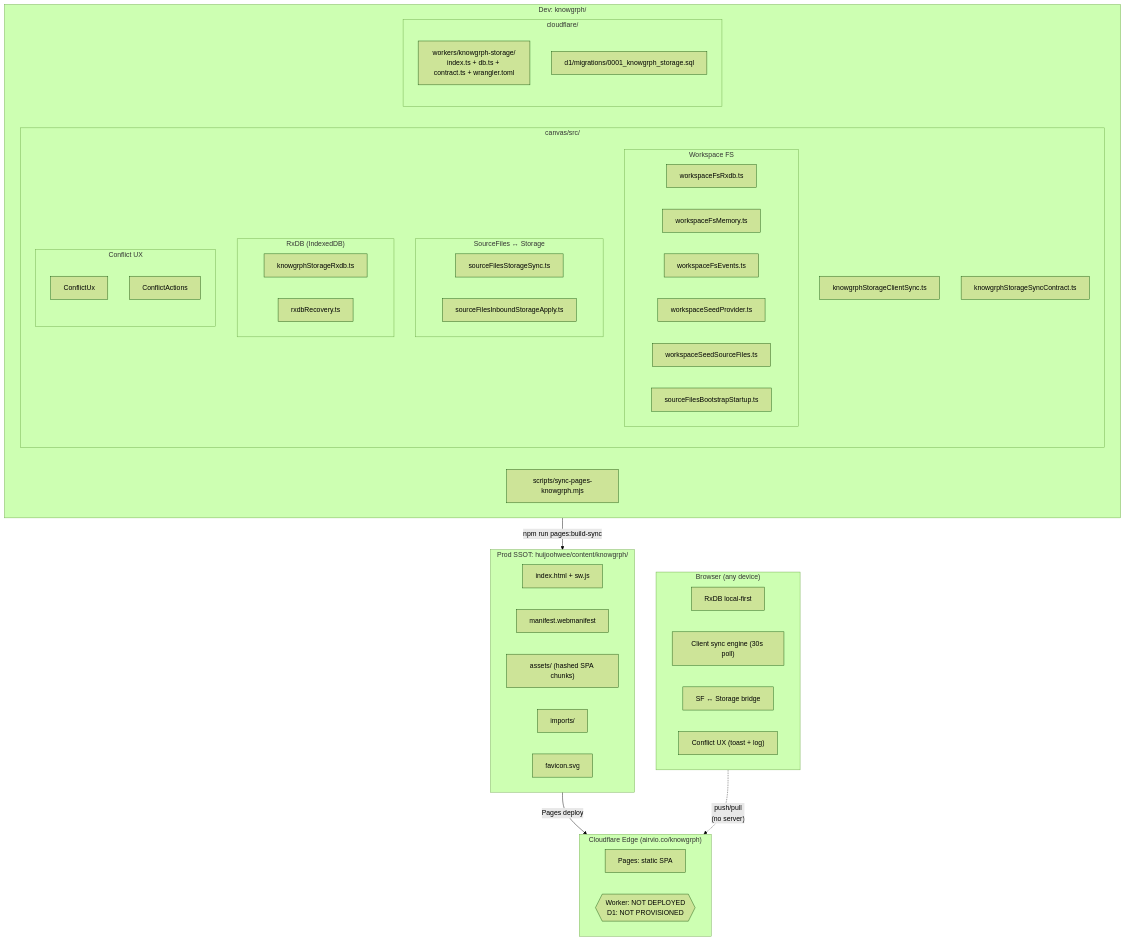
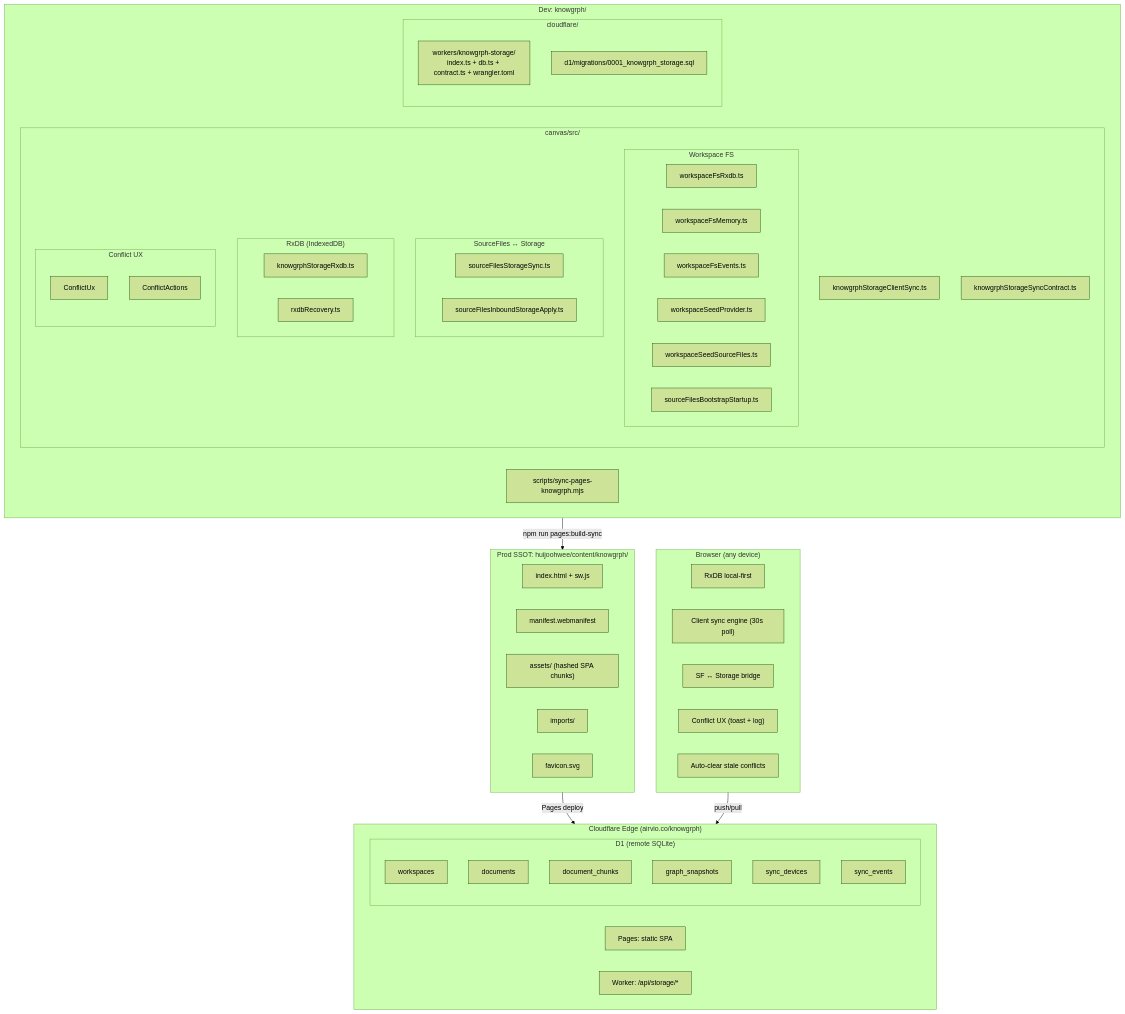
Before and after one commit to huijoohwee/knowgrph: the first of 3 diagrams in docs/documents/knowgrph-storage-sync-document.md, drawn with Mermaid (forest theme). The commit also changed other lines of this file and 21 other files, not shown here.

````diff
--- a/docs/documents/knowgrph-storage-sync-document.md
+++ b/docs/documents/knowgrph-storage-sync-document.md
@@ -46,60 +61,69 @@
 ```mermaid
 flowchart TB
     subgraph Dev["Dev: knowgrph/"]
         subgraph canvas["canvas/src/"]
             subgraph fs["Workspace FS"]
                 fsRxdb["workspaceFsRxdb.ts"]
                 fsMem["workspaceFsMemory.ts"]
                 fsEvt["workspaceFsEvents.ts"]
                 seed["workspaceSeedProvider.ts"]
                 seedSF["workspaceSeedSourceFiles.ts"]
                 boot["sourceFilesBootstrapStartup.ts"]
             end
             subgraph bridge["SourceFiles ↔ Storage"]
                 sfSync["sourceFilesStorageSync.ts"]
                 sfInbound["sourceFilesInboundStorageApply.ts"]
             end
             subgraph rxdb["RxDB (IndexedDB)"]
                 storageRxdb["knowgrphStorageRxdb.ts"]
                 recovery["rxdbRecovery.ts"]
             end
             syncEngine["knowgrphStorageClientSync.ts"]
             contract["knowgrphStorageSyncContract.ts"]
             subgraph conflict["Conflict UX"]
                 conflictUx["ConflictUx"]
                 conflictAct["ConflictActions"]
             end
         end
         subgraph cf["cloudflare/"]
             worker["workers/knowgrph-storage/<br/>index.ts + db.ts + contract.ts + wrangler.toml"]
             migration["d1/migrations/0001_knowgrph_storage.sql"]
         end
         scripts["scripts/sync-pages-knowgrph.mjs"]
     end
 
     Dev -->|"npm run pages:build-sync"| ProdSSOT
 
     subgraph ProdSSOT["Prod SSOT: huijoohwee/content/knowgrph/"]
         index["index.html + sw.js"]
         manifest["manifest.webmanifest"]
         assets["assets/ (hashed SPA chunks)"]
         data["imports/"]
         favicon["favicon.svg"]
     end
 
     ProdSSOT -->|"Pages deploy"| Edge
 
     subgraph Edge["Cloudflare Edge (airvio.co/knowgrph)"]
         pages["Pages: static SPA"]
-        noServer{{"Worker: NOT DEPLOYED<br/>D1: NOT PROVISIONED"}}
+        workerDeployed["Worker: /api/storage/*"]
+        subgraph d1r["D1 (remote SQLite)"]
+            r1["workspaces"]
+            r2["documents"]
+            r3["document_chunks"]
+            r4["graph_snapshots"]
+            r5["sync_devices"]
+            r6["sync_events"]
+        end
     end
 
     subgraph Browser["Browser (any device)"]
         brxdb["RxDB local-first"]
         bsync["Client sync engine (30s poll)"]
         bbridge["SF ↔ Storage bridge"]
         bconflict["Conflict UX (toast + log)"]
+        bautoClear["Auto-clear stale conflicts"]
     end
 
-    Browser -.->|"push/pull<br/>(no server)"| Edge
+    Browser -->|"push/pull"| Edge
 ```
````
